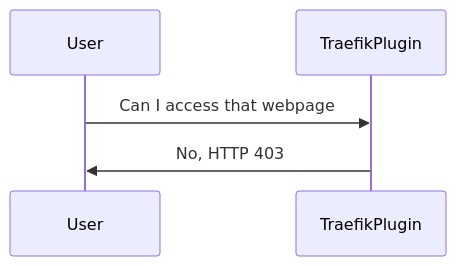
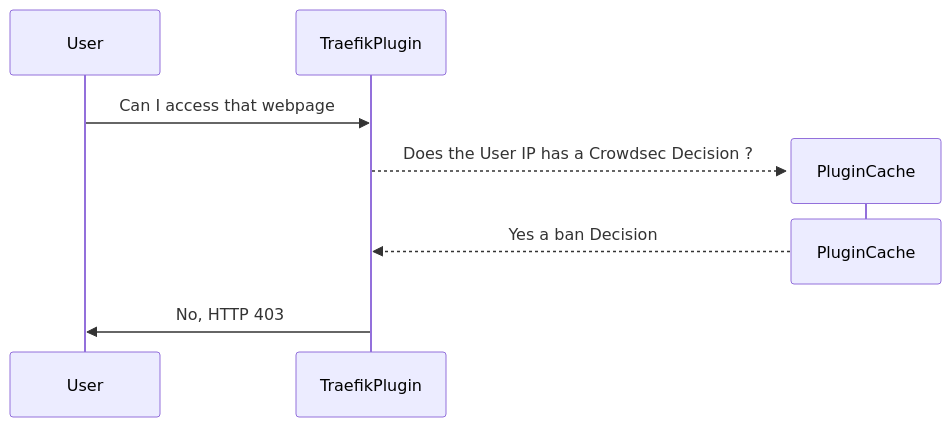
One commit to maxlerebourg/crowdsec-bouncer-traefik-plugin changed the third of 3 diagrams in examples/captcha/README.md. Above: the diagram before and after it, drawn with Mermaid. The commit also changed other lines of this file, not shown here.

Commit message:
📝 rework all diagrams

````diff
--- a/examples/captcha/README.md
+++ b/examples/captcha/README.md
@@ -123,7 +133,11 @@
 ```mermaid
 sequenceDiagram
     participant User
     participant TraefikPlugin
     User->>TraefikPlugin: Can I access that webpage
+    create participant PluginCache
+    TraefikPlugin-->>PluginCache: Does the User IP has a Crowdsec Decision ?
+    Destroy PluginCache
+    PluginCache-->>TraefikPlugin: Yes a ban Decision
     TraefikPlugin->>User: No, HTTP 403
 ```
````
